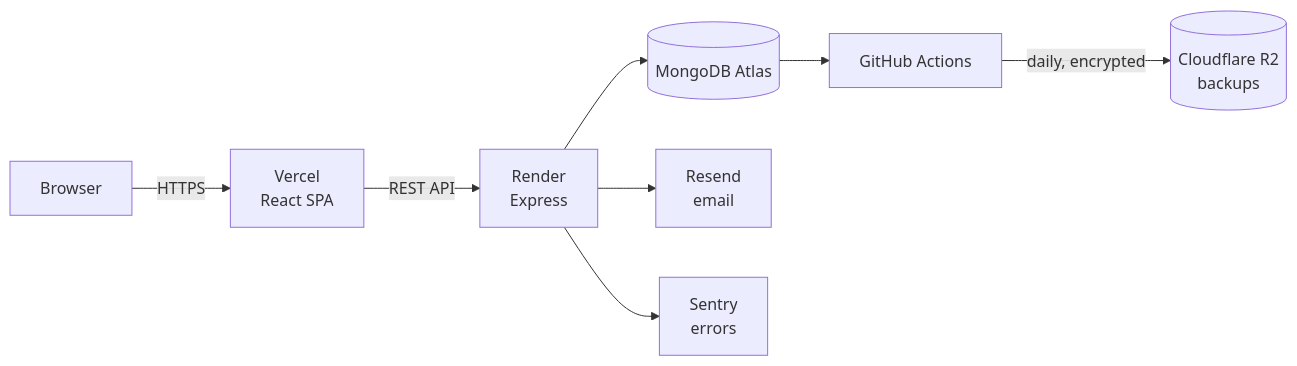
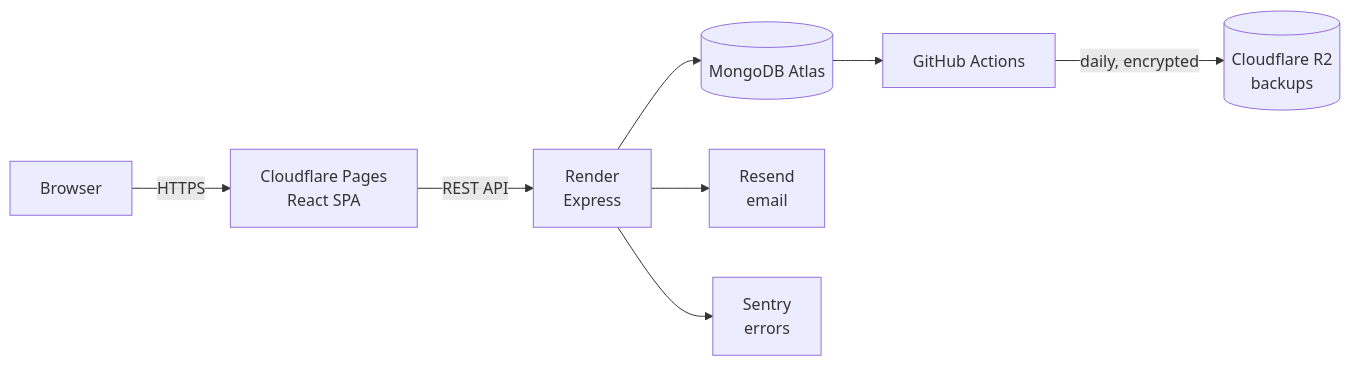
One commit to Reiraku73/Jergario-showcase changed the diagram in README.md. Above: the diagram before and after it, drawn with Mermaid. The commit also changed other lines of this file, not shown here.

Commit message:
docs(readme): the web is served by Cloudflare Pages, not Vercel

````diff
--- a/README.md
+++ b/README.md
@@ -37,10 +37,10 @@
 ```mermaid
 flowchart LR
-  U[Browser] -->|HTTPS| V[Vercel<br/>React SPA]
+  U[Browser] -->|HTTPS| V[Cloudflare Pages<br/>React SPA]
   V -->|REST API| R[Render<br/>Express]
   R --> M[(MongoDB Atlas)]
   R --> E[Resend<br/>email]
   R --> S[Sentry<br/>errors]
   G[GitHub Actions] -->|daily, encrypted| B[(Cloudflare R2<br/>backups)]
   M --> G
 ```
````
